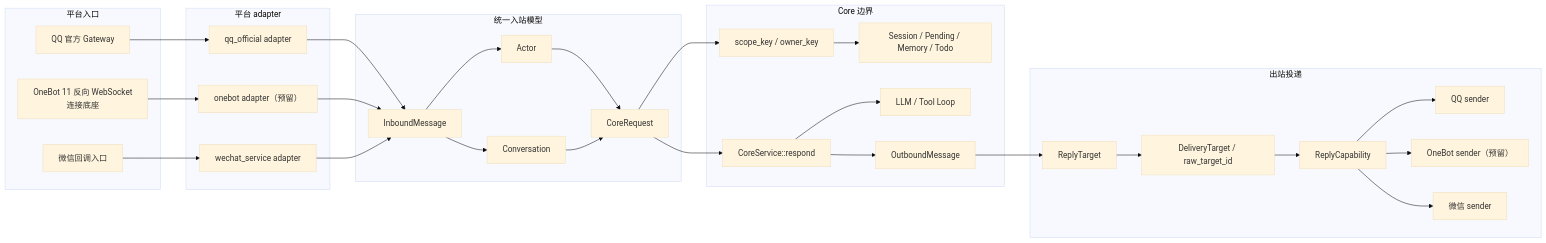
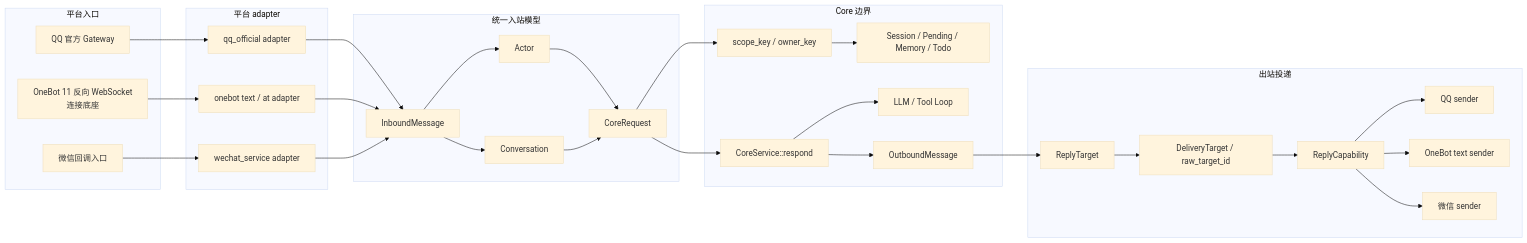
The diagram in qq-maid-gateway-rs/README.md (kuliantnt/qq-maid-bot), drawn with Mermaid (base theme) before and after one commit. The commit also changed other lines of this file and 13 other files, not shown here.

First line of the commit message:
feat: 完成 OneBot 11 文本入站与发送 (#448)

````diff
--- a/qq-maid-gateway-rs/README.md
+++ b/qq-maid-gateway-rs/README.md
@@ -7,52 +7,52 @@
 ```mermaid
 flowchart LR
     subgraph platform_in["平台入口"]
         qq["QQ 官方 Gateway"]
         onebot["OneBot 11 反向 WebSocket<br/>连接底座"]
         wechat["微信回调入口"]
     end
 
     subgraph adapters["平台 adapter"]
         qq_adapter["qq_official adapter"]
-        onebot_adapter["onebot adapter（预留）"]
+        onebot_adapter["onebot text / at adapter"]
         wechat_adapter["wechat_service adapter"]
     end
 
     subgraph inbound["统一入站模型"]
         inbound_msg["InboundMessage"]
         actor["Actor"]
         conversation["Conversation"]
         core_request["CoreRequest"]
     end
 
     subgraph core["Core 边界"]
         core_service["CoreService::respond"]
         business_keys["scope_key / owner_key"]
         state["Session / Pending / Memory / Todo"]
         llm["LLM / Tool Loop"]
         outbound_msg["OutboundMessage"]
     end
 
     subgraph outbound["出站投递"]
         reply_target["ReplyTarget"]
         delivery_target["DeliveryTarget / raw_target_id"]
         capability["ReplyCapability"]
         qq_sender["QQ sender"]
-        onebot_sender["OneBot sender（预留）"]
+        onebot_sender["OneBot text sender"]
         wechat_sender["微信 sender"]
     end
 
     qq --> qq_adapter --> inbound_msg
     onebot --> onebot_adapter --> inbound_msg
     wechat --> wechat_adapter --> inbound_msg
     inbound_msg --> actor --> core_request
     inbound_msg --> conversation --> core_request
     core_request --> core_service
     core_request --> business_keys --> state
     core_service --> llm
     core_service --> outbound_msg
     outbound_msg --> reply_target --> delivery_target --> capability
     capability --> qq_sender
     capability --> onebot_sender
     capability --> wechat_sender
 ```
````
